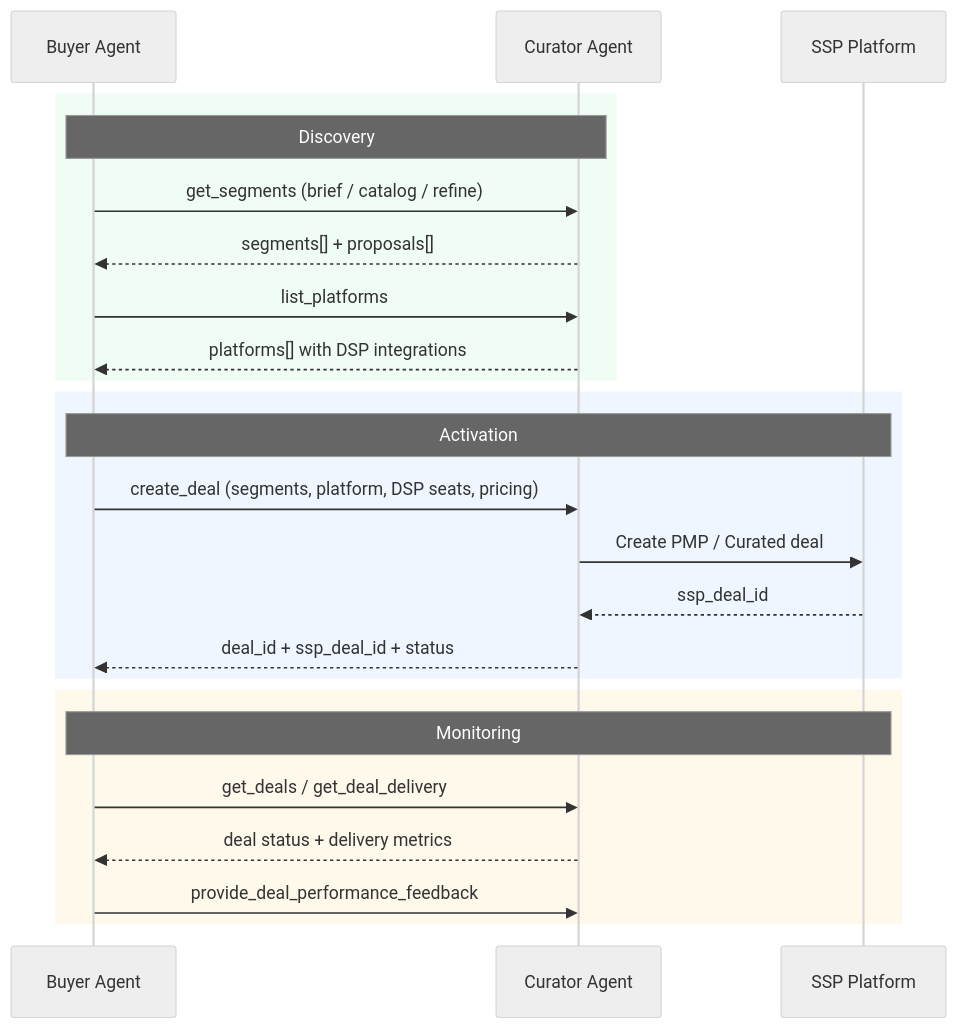
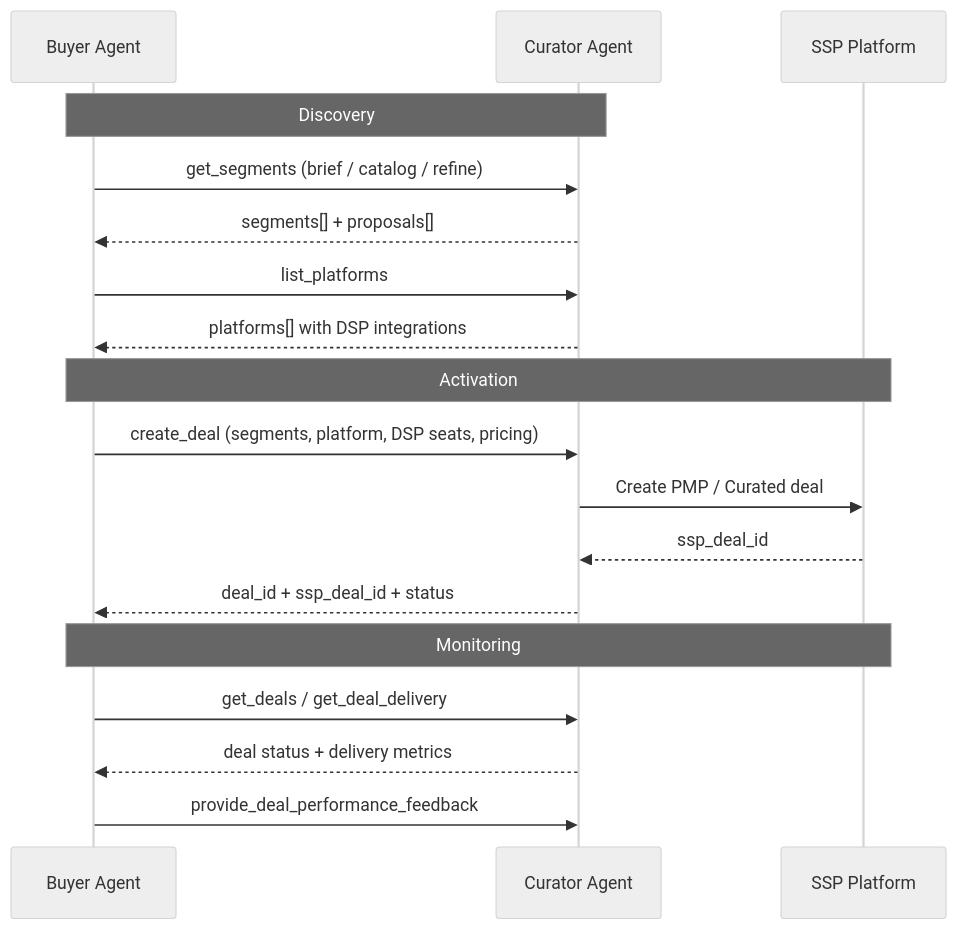
One commit to Pubx-ai/adcp changed the diagram in docs/curation/index.mdx. Above: the diagram before and after it, drawn with Mermaid (neutral theme). The commit also changed 1 other file, not shown here.

Commit message:
docs(curation): fix mermaid diagrams for dark mode compatibility

````diff
--- a/docs/curation/index.mdx
+++ b/docs/curation/index.mdx
@@ -29,29 +29,23 @@
 ```mermaid
 sequenceDiagram
     participant Buyer as Buyer Agent
     participant Curator as Curator Agent
     participant SSP as SSP Platform
 
-    rect rgb(240, 253, 244)
     Note over Buyer,Curator: Discovery
     Buyer->>Curator: get_segments (brief / catalog / refine)
     Curator-->>Buyer: segments[] + proposals[]
     Buyer->>Curator: list_platforms
     Curator-->>Buyer: platforms[] with DSP integrations
-    end
 
-    rect rgb(239, 246, 255)
     Note over Buyer,SSP: Activation
     Buyer->>Curator: create_deal (segments, platform, DSP seats, pricing)
     Curator->>SSP: Create PMP / Curated deal
     SSP-->>Curator: ssp_deal_id
     Curator-->>Buyer: deal_id + ssp_deal_id + status
-    end
 
-    rect rgb(254, 249, 235)
     Note over Buyer,SSP: Monitoring
     Buyer->>Curator: get_deals / get_deal_delivery
     Curator-->>Buyer: deal status + delivery metrics
     Buyer->>Curator: provide_deal_performance_feedback
-    end
 ```
````
